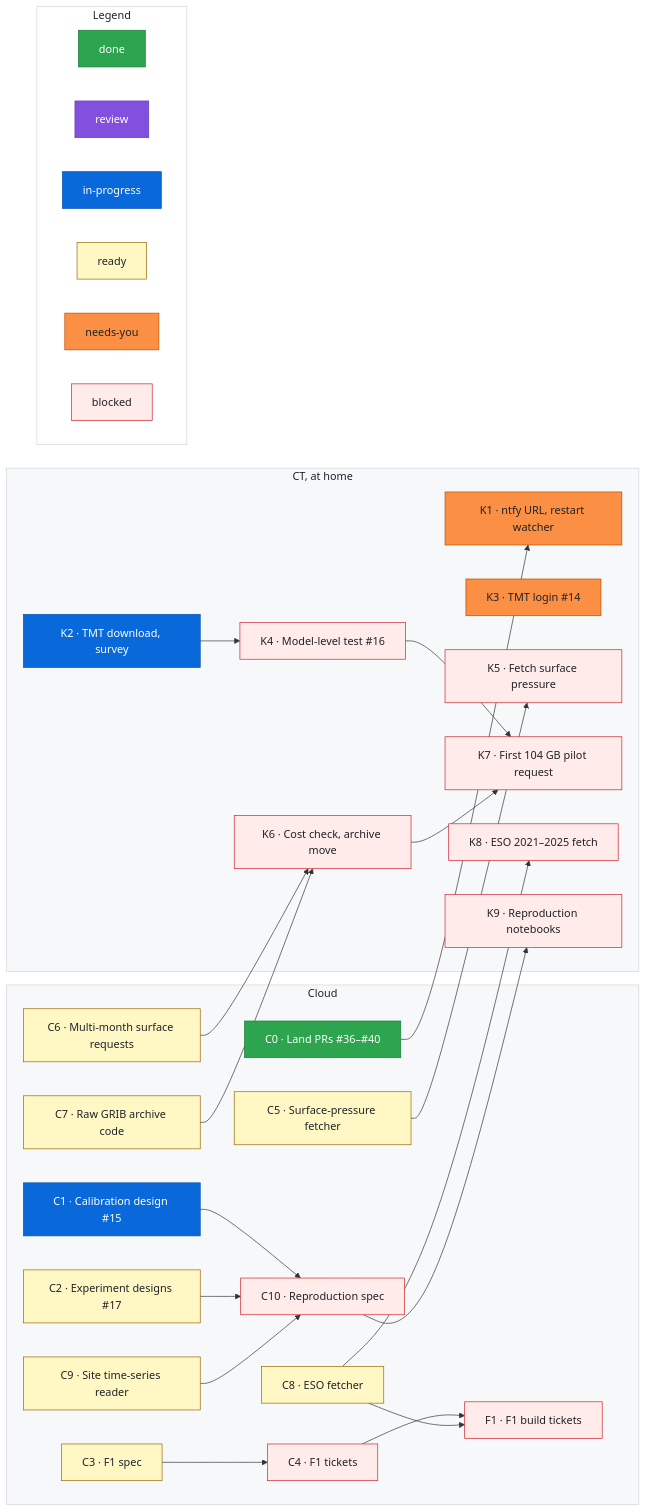
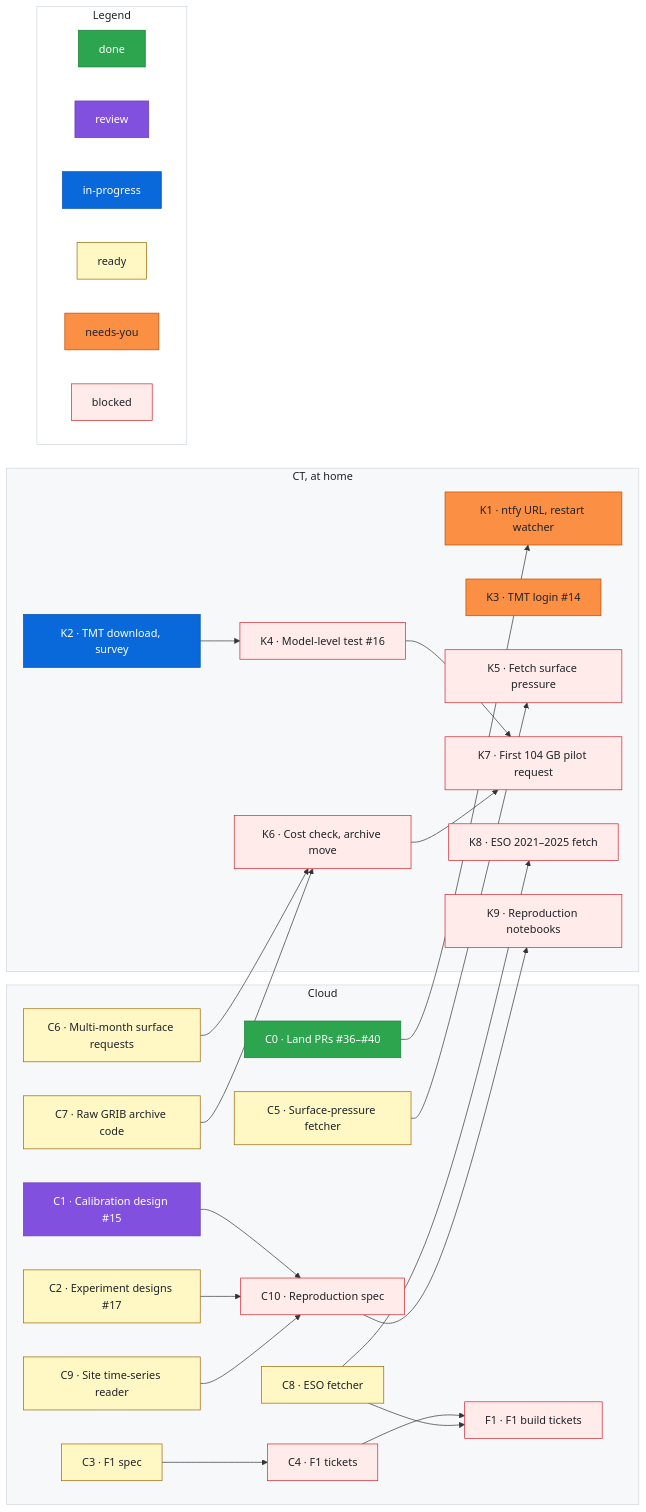
The diagram in docs/roadmap.md (rrweller/Astro-seeing), drawn with Mermaid before and after one commit. The commit also changed other lines of this file, not shown here.

Commit message:
roadmap: C1 in-progress → review
Claude-Session: https://claude.ai/code/session_01ECS9rZthXjkSS88C6YqvNF

```diff
--- a/docs/roadmap.md
+++ b/docs/roadmap.md
@@ -124,7 +124,7 @@
   %% Status lines: one per item, each followed by a `%% ---` spacer. Sessions change only the last word.
   class C0 done
   %% ---
-  class C1 inprogress
+  class C1 review
   %% ---
   class C2 ready
   %% ---
```
